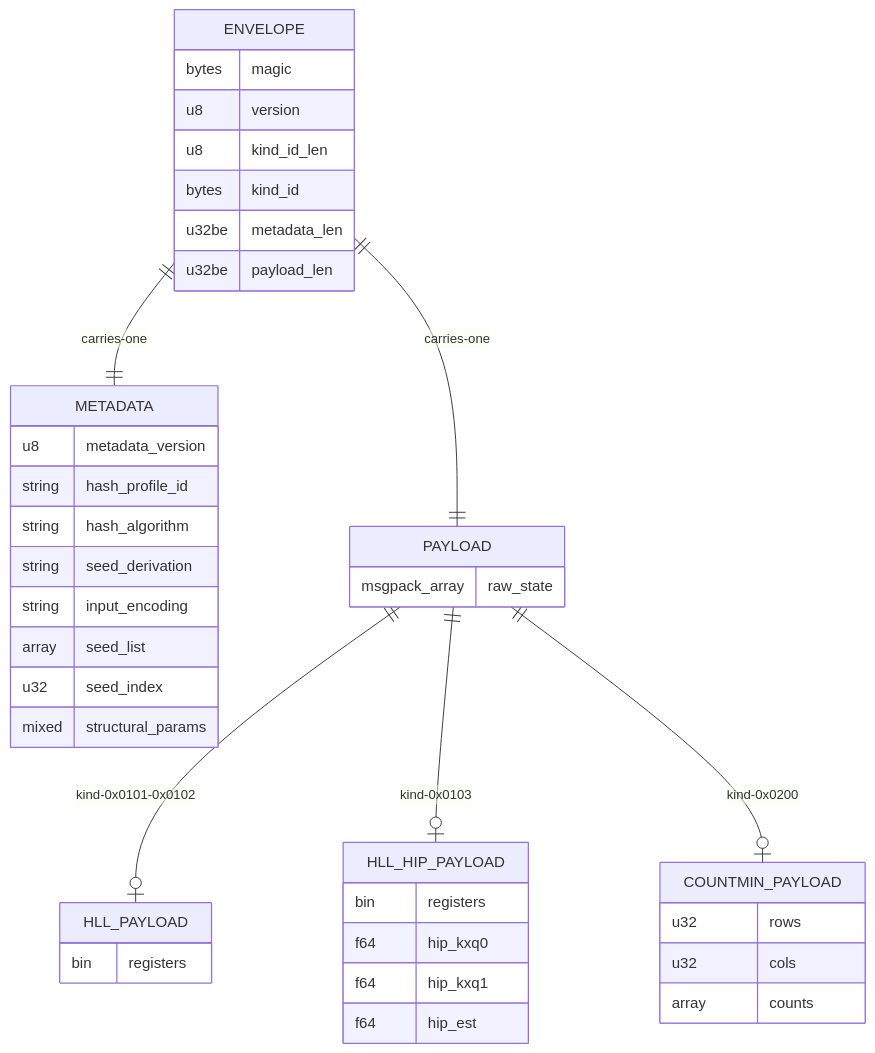
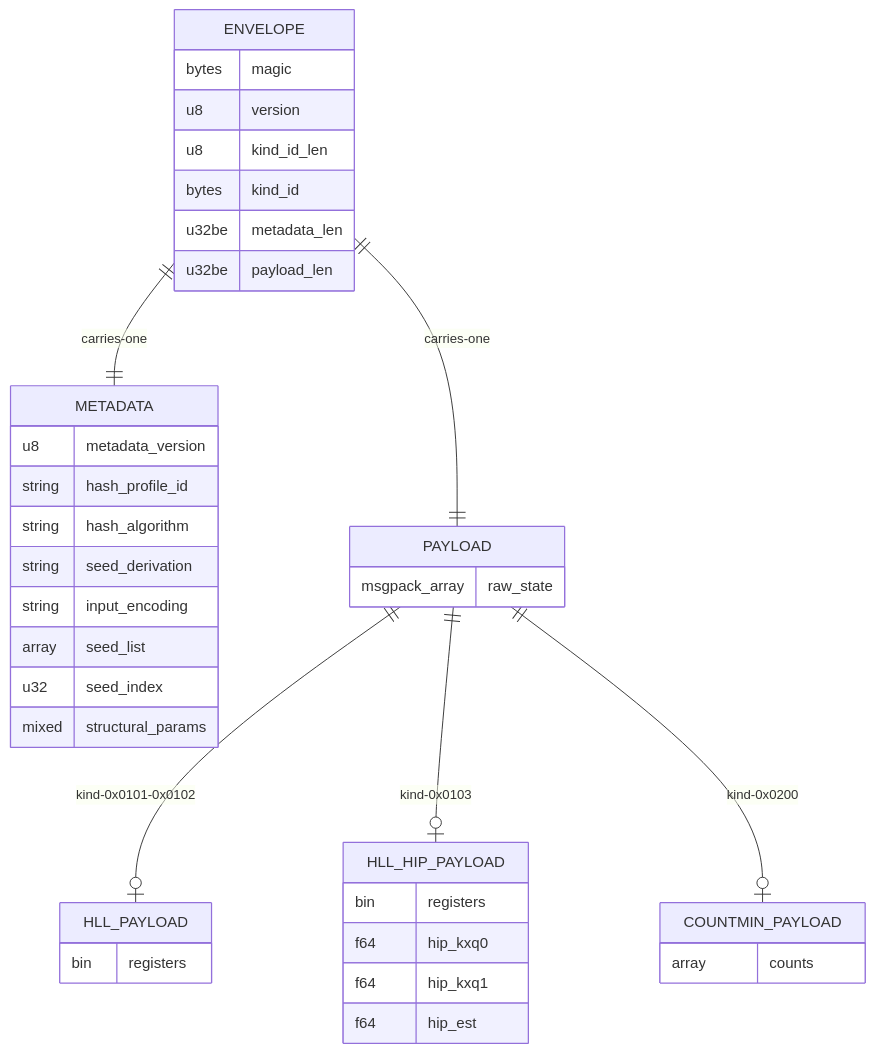
One commit to ProjectASAP/asap_sketchlib changed the diagram in docs/asapv1_wire_format.md. Above: the diagram before and after it, drawn with Mermaid. The commit also changed other lines of this file and 3 other files, not shown here.

First line of the commit message:
feat(wire): move Count-Min rows/cols from payload to metadata

````diff
--- a/docs/asapv1_wire_format.md
+++ b/docs/asapv1_wire_format.md
@@ -60,43 +81,41 @@
 ```mermaid
 erDiagram
     ENVELOPE ||--|| METADATA : carries-one
     ENVELOPE ||--|| PAYLOAD : carries-one
     PAYLOAD ||--o| HLL_PAYLOAD : kind-0x0101-0x0102
     PAYLOAD ||--o| HLL_HIP_PAYLOAD : kind-0x0103
     PAYLOAD ||--o| COUNTMIN_PAYLOAD : kind-0x0200
     ENVELOPE {
         bytes magic
         u8 version
         u8 kind_id_len
         bytes kind_id
         u32be metadata_len
         u32be payload_len
     }
     METADATA {
         u8 metadata_version
         string hash_profile_id
         string hash_algorithm
         string seed_derivation
         string input_encoding
         array seed_list
         u32 seed_index
         mixed structural_params
     }
     PAYLOAD {
         msgpack_array raw_state
     }
     HLL_PAYLOAD {
         bin registers
     }
     HLL_HIP_PAYLOAD {
         bin registers
         f64 hip_kxq0
         f64 hip_kxq1
         f64 hip_est
     }
     COUNTMIN_PAYLOAD {
-        u32 rows
-        u32 cols
         array counts
     }
 ```
````
